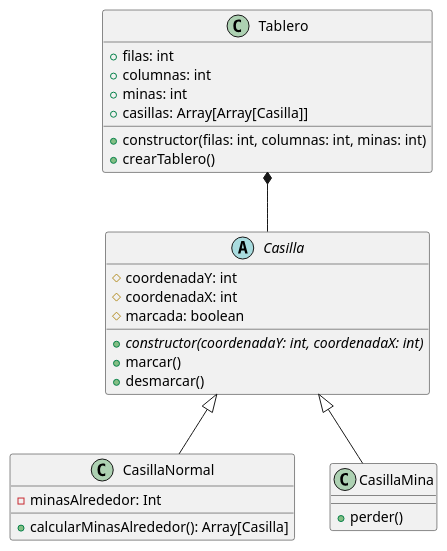
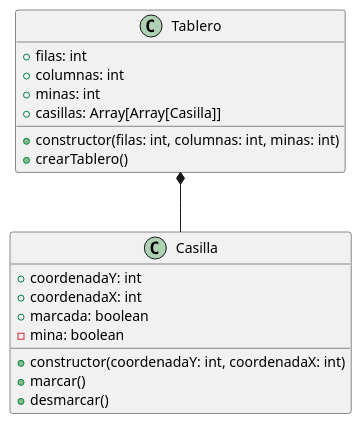
One commit to mohamedkoujil/buscaminas changed the diagram in clases.puml. Above: the diagram before and after it, drawn with PlantUML. The commit also changed 5 other files, not shown here.

Commit message:
clases y sus funciones, falta fun calcularMinasVecinas

```diff
--- a/clases.puml
+++ b/clases.puml
@@ -1,35 +1,28 @@
 @startuml clases
 
 class Tablero {
     + filas: int
     + columnas: int
     + minas: int
     + casillas: Array[Array[Casilla]]
     + constructor(filas: int, columnas: int, minas: int)
     + crearTablero()
 }
 
-abstract class Casilla {
-    # coordenadaY: int
-    # coordenadaX: int
-    # marcada: boolean
-    +{abstract} constructor(coordenadaY: int, coordenadaX: int)
+class Casilla {
+    + coordenadaY: int
+    + coordenadaX: int
+    + marcada: boolean
+    - mina: boolean
+
+    
+    + constructor(coordenadaY: int, coordenadaX: int)
     + marcar()
     + desmarcar()
 }
 
-class CasillaNormal {
-    - minasAlrededor: Int
-    + calcularMinasAlrededor(): Array[Casilla]
-}
-
-class CasillaMina {
-    + perder()
-}
 
 
 
 Tablero *-- Casilla
-Casilla <|-- CasillaMina
-Casilla <|-- CasillaNormal
 @enduml
```
